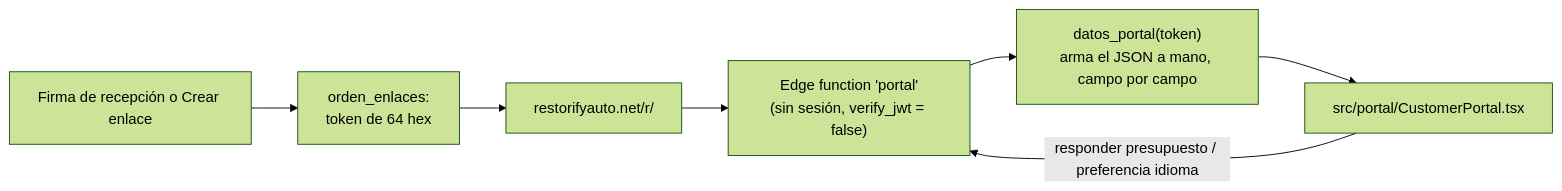
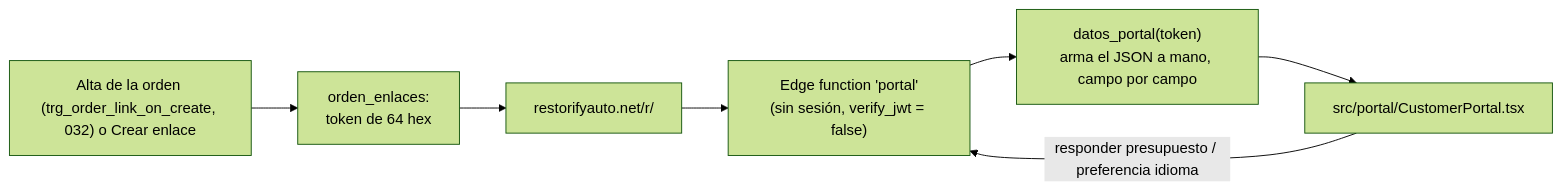
The tenth of 13 diagrams in docs/planos.md (kvngt/store_control_system), drawn with Mermaid (forest theme) before and after one commit. The commit also changed other lines of this file and 16 other files, not shown here.

Commit message:
docs: add business rules, testing plans, architecture, manuals, and deployment guides

````diff
--- a/docs/planos.md
+++ b/docs/planos.md
@@ -504,9 +504,9 @@
 ```mermaid
 flowchart LR
-  F["Firma de recepción o Crear enlace"] --> L["orden_enlaces:<br/>token de 64 hex"]
+  F["Alta de la orden (trg_order_link_on_create, 032) o Crear enlace"] --> L["orden_enlaces:<br/>token de 64 hex"]
   L --> URL["restorifyauto.net/r/<token>"]
   URL --> EF["Edge function 'portal'<br/>(sin sesión, verify_jwt = false)"]
   EF --> DP["datos_portal(token)<br/>arma el JSON a mano, campo por campo"]
   DP --> UI["src/portal/CustomerPortal.tsx"]
   UI -->|"responder presupuesto / preferencia idioma"| EF
 ```
````
